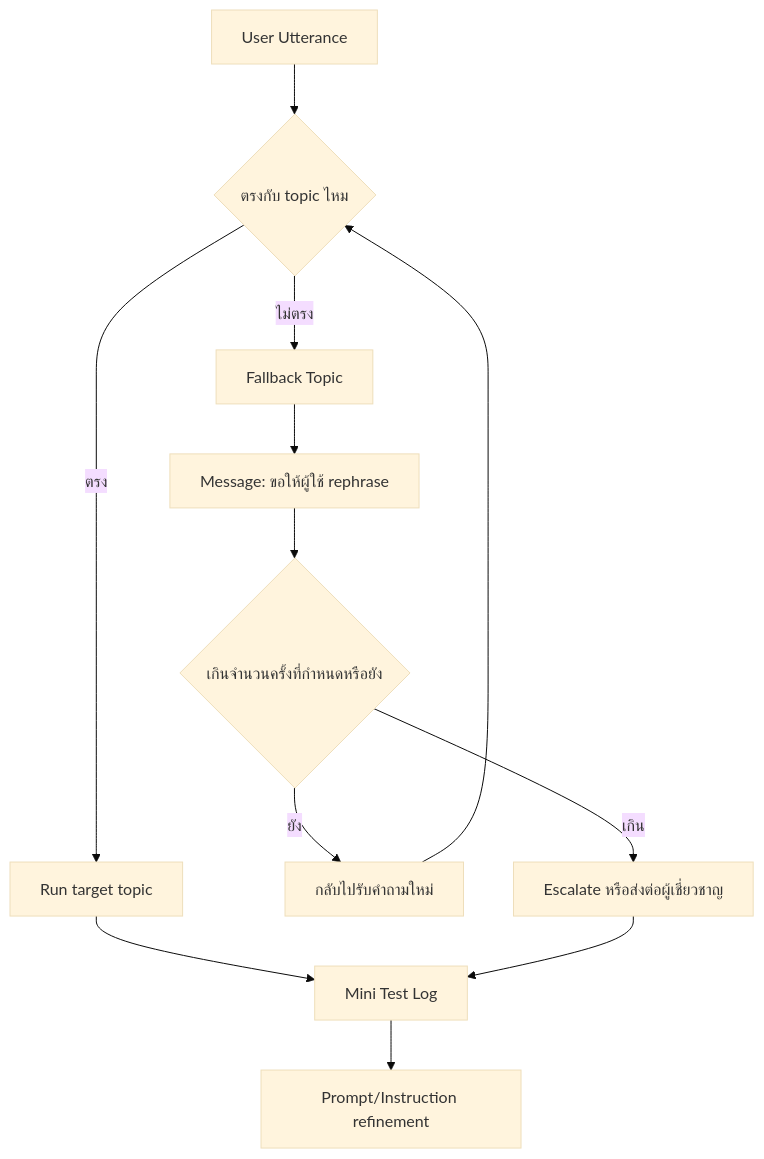
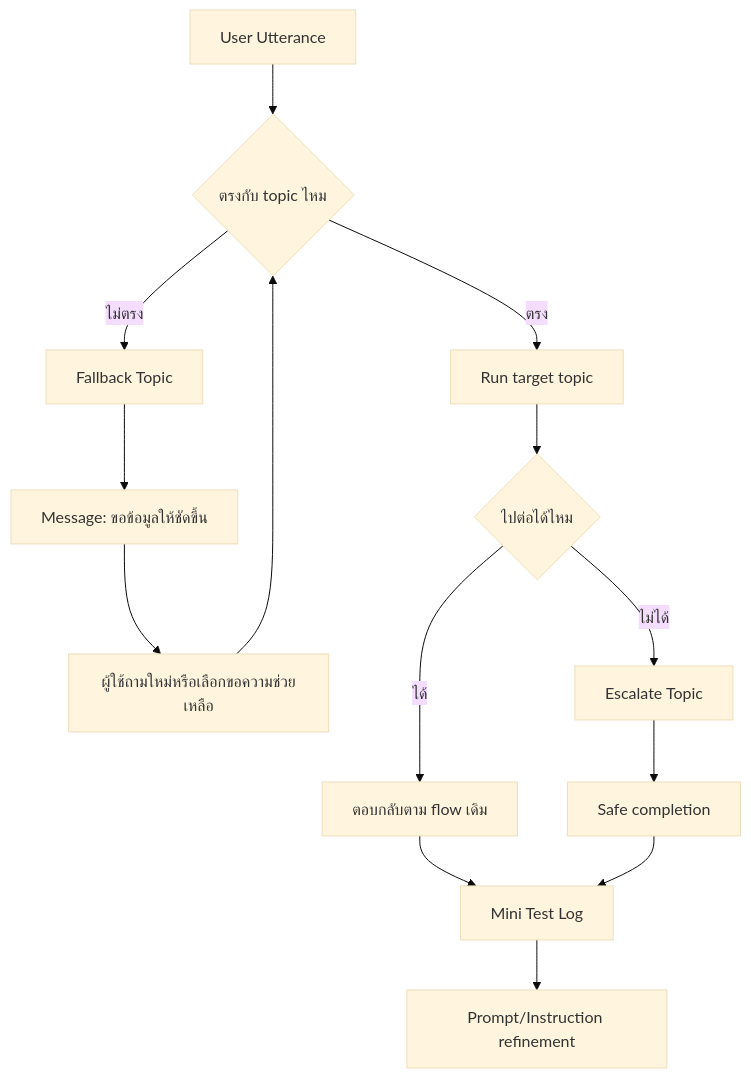
One commit to teerasej/ptt-gc-ai-creatiion-public changed the diagram in exercises/module-2/exercise-6-fallback-and-mini-test/README.md. Above: the diagram before and after it, drawn with Mermaid (base theme). The commit also changed other lines of this file and 9 other files, not shown here.

Commit message:
Add mini test log template Excel file to module-2

````diff
--- a/exercises/module-2/exercise-6-fallback-and-mini-test/README.md
+++ b/exercises/module-2/exercise-6-fallback-and-mini-test/README.md
@@ -7,14 +9,16 @@
 ```mermaid
 flowchart TD
     A[User Utterance] --> B{ตรงกับ topic ไหม}
     B -->|ตรง| C[Run target topic]
     B -->|ไม่ตรง| D[Fallback Topic]
-    D --> E[Message: ขอให้ผู้ใช้ rephrase]
-    E --> F{เกินจำนวนครั้งที่กำหนดหรือยัง}
-    F -->|ยัง| G[กลับไปรับคำถามใหม่]
-    G --> B
-    F -->|เกิน| H[Escalate หรือส่งต่อผู้เชี่ยวชาญ]
-    C --> I[Mini Test Log]
-    H --> I
-    I --> J[Prompt/Instruction refinement]
+    D --> E[Message: ขอข้อมูลให้ชัดขึ้น]
+    E --> F[ผู้ใช้ถามใหม่หรือเลือกขอความช่วยเหลือ]
+    F --> B
+    C --> G{ไปต่อได้ไหม}
+    G -->|ได้| H[ตอบกลับตาม flow เดิม]
+    G -->|ไม่ได้| I[Escalate Topic]
+    I --> J[Safe completion]
+    H --> K[Mini Test Log]
+    J --> K
+    K --> L[Prompt/Instruction refinement]
 ```
````
